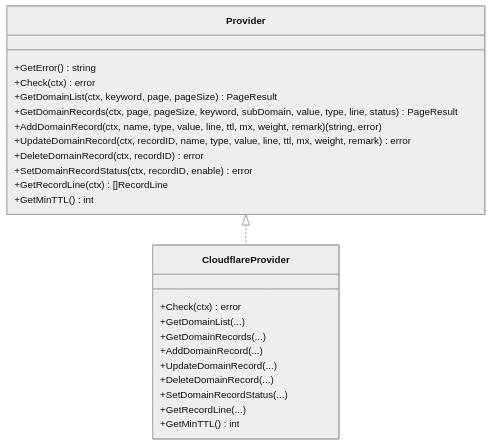
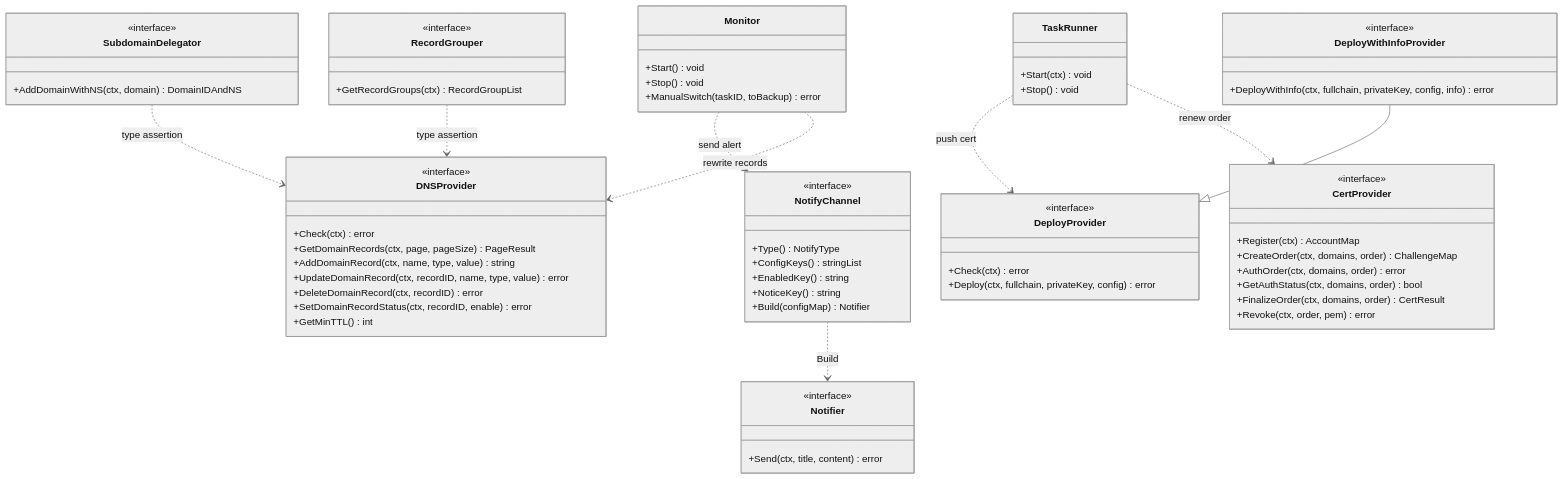
The second of 6 diagrams in docs/项目概述.md (x01n/dnsplane), drawn with Mermaid (neutral theme) before and after one commit. The commit also changed other lines of this file and 326 other files, not shown here.

````diff
--- a/docs/项目概述.md
+++ b/docs/项目概述.md
@@ -162,27 +238,68 @@
 ```mermaid
 classDiagram
-class Provider {
-+GetError() string
-+Check(ctx) error
-+GetDomainList(ctx, keyword, page, pageSize) PageResult
-+GetDomainRecords(ctx, page, pageSize, keyword, subDomain, value, type, line, status) PageResult
-+AddDomainRecord(ctx, name, type, value, line, ttl, mx, weight, remark) (string, error)
-+UpdateDomainRecord(ctx, recordID, name, type, value, line, ttl, mx, weight, remark) error
-+DeleteDomainRecord(ctx, recordID) error
-+SetDomainRecordStatus(ctx, recordID, enable) error
-+GetRecordLine(ctx) []RecordLine
-+GetMinTTL() int
-}
-class CloudflareProvider {
-+Check(ctx) error
-+GetDomainList(...)
-+GetDomainRecords(...)
-+AddDomainRecord(...)
-+UpdateDomainRecord(...)
-+DeleteDomainRecord(...)
-+SetDomainRecordStatus(...)
-+GetRecordLine(...)
-+GetMinTTL() int
-}
-Provider <|.. CloudflareProvider
+    class DNSProvider {
+        <<interface>>
+        +Check(ctx) error
+        +GetDomainRecords(ctx, page, pageSize) PageResult
+        +AddDomainRecord(ctx, name, type, value) string
+        +UpdateDomainRecord(ctx, recordID, name, type, value) error
+        +DeleteDomainRecord(ctx, recordID) error
+        +SetDomainRecordStatus(ctx, recordID, enable) error
+        +GetMinTTL() int
+    }
+    class RecordGrouper {
+        <<interface>>
+        +GetRecordGroups(ctx) RecordGroupList
+    }
+    class SubdomainDelegator {
+        <<interface>>
+        +AddDomainWithNS(ctx, domain) DomainIDAndNS
+    }
+    class CertProvider {
+        <<interface>>
+        +Register(ctx) AccountMap
+        +CreateOrder(ctx, domains, order) ChallengeMap
+        +AuthOrder(ctx, domains, order) error
+        +GetAuthStatus(ctx, domains, order) bool
+        +FinalizeOrder(ctx, domains, order) CertResult
+        +Revoke(ctx, order, pem) error
+    }
+    class DeployProvider {
+        <<interface>>
+        +Check(ctx) error
+        +Deploy(ctx, fullchain, privateKey, config) error
+    }
+    class DeployWithInfoProvider {
+        <<interface>>
+        +DeployWithInfo(ctx, fullchain, privateKey, config, info) error
+    }
+    class Notifier {
+        <<interface>>
+        +Send(ctx, title, content) error
+    }
+    class NotifyChannel {
+        <<interface>>
+        +Type() NotifyType
+        +ConfigKeys() stringList
+        +EnabledKey() string
+        +NoticeKey() string
+        +Build(configMap) Notifier
+    }
+    class Monitor {
+        +Start() void
+        +Stop() void
+        +ManualSwitch(taskID, toBackup) error
+    }
+    class TaskRunner {
+        +Start(ctx) void
+        +Stop() void
+    }
+    DeployWithInfoProvider --|> DeployProvider
+    RecordGrouper ..> DNSProvider : type assertion
+    SubdomainDelegator ..> DNSProvider : type assertion
+    NotifyChannel ..> Notifier : Build
+    Monitor ..> DNSProvider : rewrite records
+    Monitor ..> NotifyChannel : send alert
+    TaskRunner ..> CertProvider : renew order
+    TaskRunner ..> DeployProvider : push cert
 ```
````
